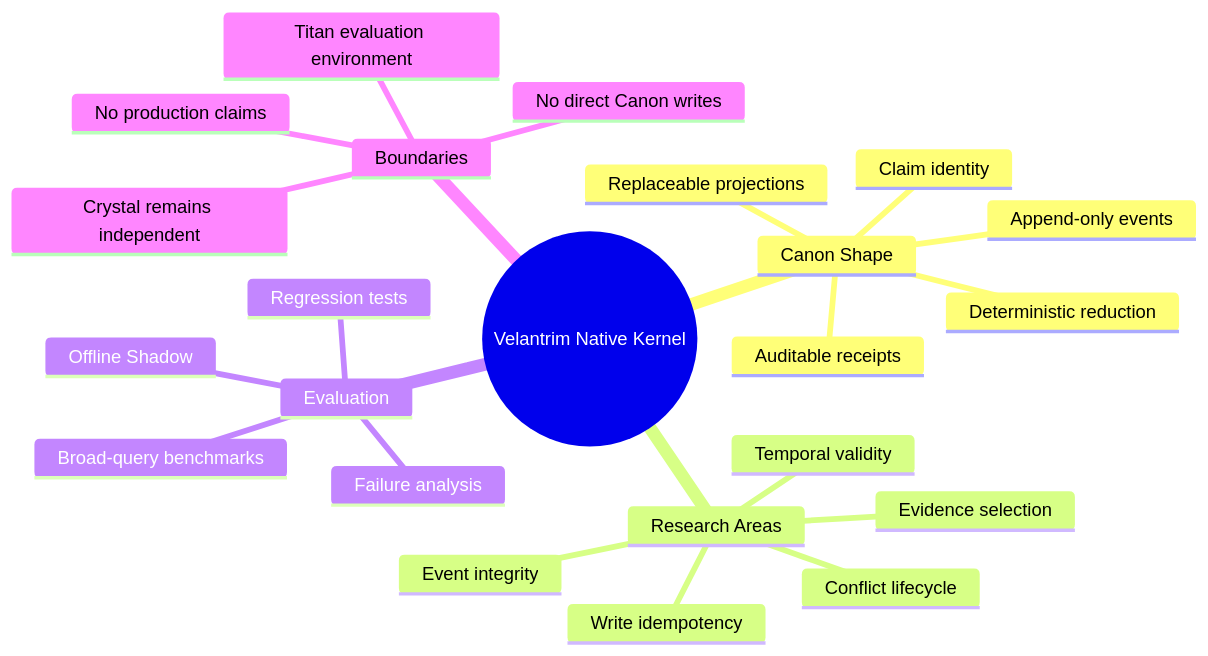
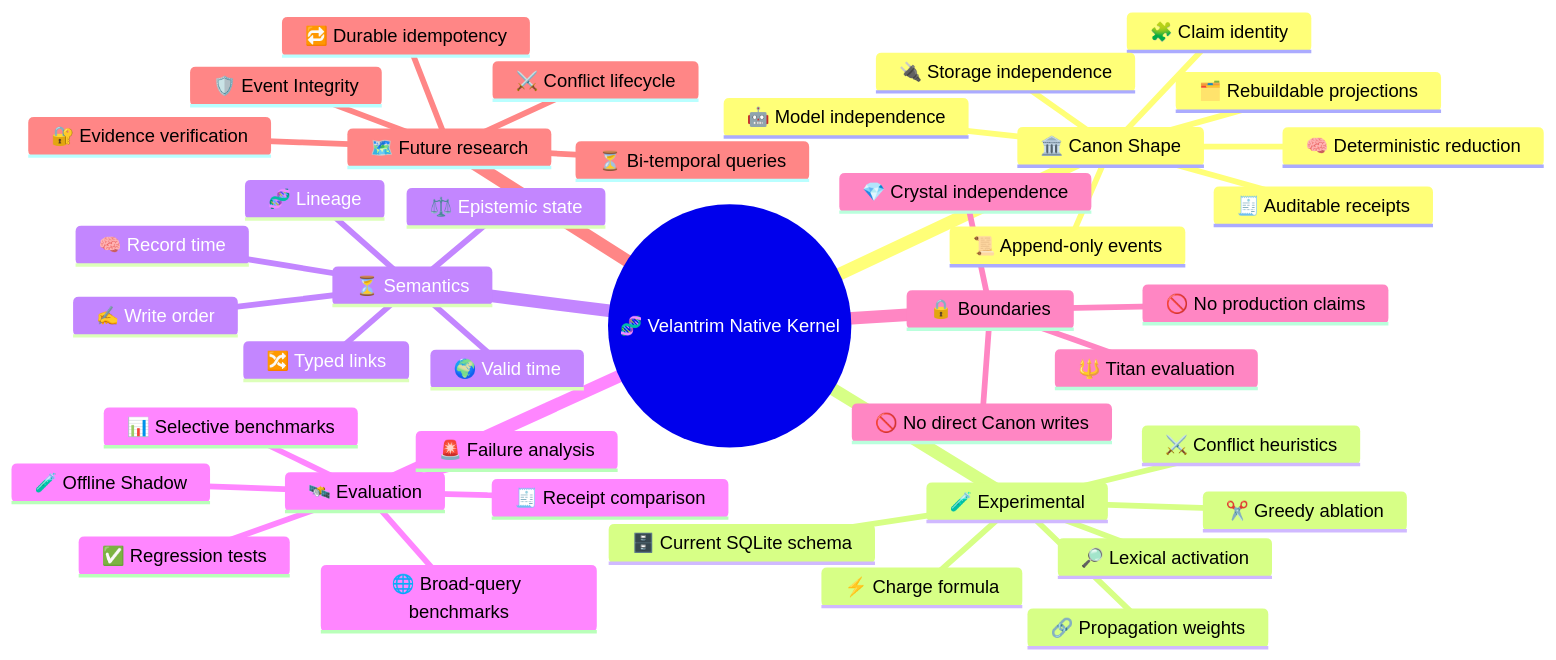
One commit to velantrian/velantrim-native-kernel changed the third of 3 diagrams in README.md. Above: the diagram before and after it, drawn with Mermaid. The commit also changed other lines of this file, not shown here.

Commit message:
docs: expand README architecture overview

````diff
--- a/README.md
+++ b/README.md
@@ -67,26 +421,44 @@
 ```mermaid
 mindmap
-  root((Velantrim Native Kernel))
-    Canon Shape
-      Claim identity
-      Append-only events
-      Deterministic reduction
-      Replaceable projections
-      Auditable receipts
-    Research Areas
-      Temporal validity
-      Conflict lifecycle
-      Event integrity
-      Write idempotency
-      Evidence selection
-    Evaluation
-      Regression tests
-      Broad-query benchmarks
-      Offline Shadow
-      Failure analysis
-    Boundaries
-      Titan evaluation environment
-      Crystal remains independent
-      No direct Canon writes
-      No production claims
+  root((🧬 Velantrim Native Kernel))
+    🏛️ Canon Shape
+      🧩 Claim identity
+      📜 Append-only events
+      🧠 Deterministic reduction
+      🗂️ Rebuildable projections
+      🧾 Auditable receipts
+      🔌 Storage independence
+      🤖 Model independence
+    🧪 Experimental
+      ⚡ Charge formula
+      🔎 Lexical activation
+      🔗 Propagation weights
+      ✂️ Greedy ablation
+      ⚔️ Conflict heuristics
+      🗄️ Current SQLite schema
+    ⏳ Semantics
+      🌍 Valid time
+      🧠 Record time
+      ✍️ Write order
+      🧬 Lineage
+      ⚖️ Epistemic state
+      🔀 Typed links
+    🛰️ Evaluation
+      ✅ Regression tests
+      📊 Selective benchmarks
+      🌐 Broad-query benchmarks
+      🧪 Offline Shadow
+      🧾 Receipt comparison
+      🚨 Failure analysis
+    🔒 Boundaries
+      🔱 Titan evaluation
+      💎 Crystal independence
+      🚫 No direct Canon writes
+      🚫 No production claims
+    🗺️ Future research
+      🛡️ Event Integrity
+      🔁 Durable idempotency
+      ⏳ Bi-temporal queries
+      ⚔️ Conflict lifecycle
+      🔐 Evidence verification
 ```
````
